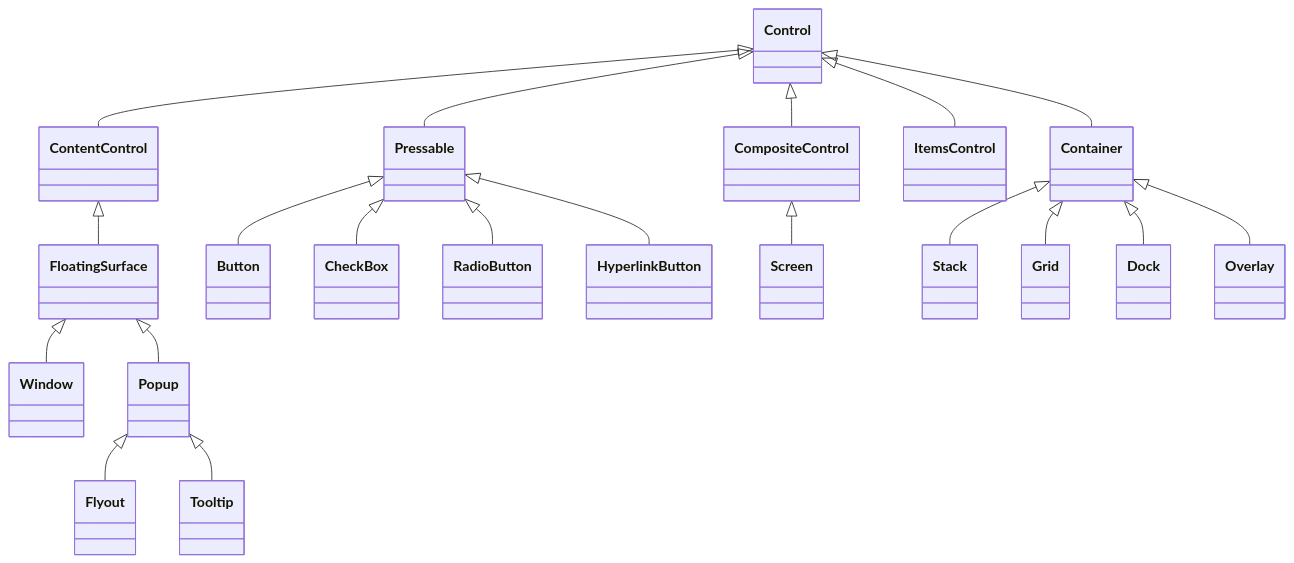
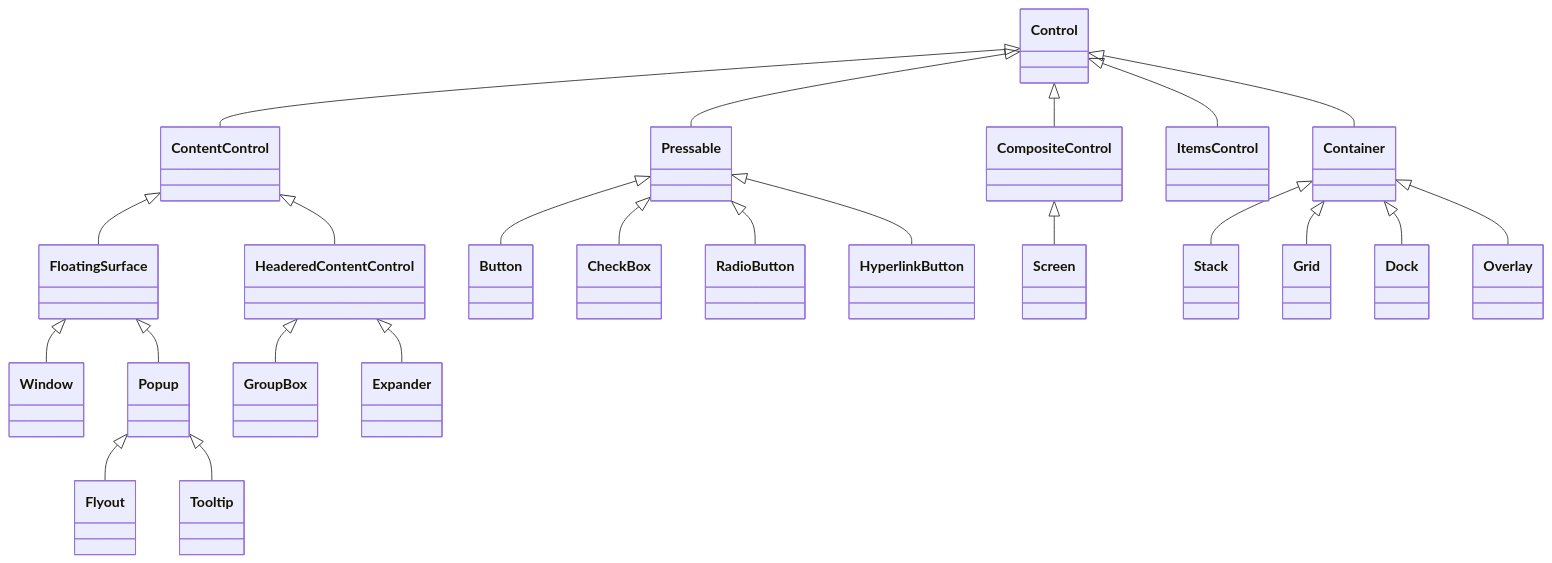
One commit to pavkam/sharp-vision changed the diagram in docs/controls/index.md. Above: the diagram before and after it, drawn with Mermaid. The commit also changed other lines of this file and 36 other files, not shown here.

````diff
--- a/docs/controls/index.md
+++ b/docs/controls/index.md
@@ -12,22 +12,25 @@
 ```mermaid
 classDiagram
     Control <|-- Container
     Control <|-- ContentControl
     Control <|-- CompositeControl
     Control <|-- ItemsControl
     Control <|-- Pressable
     ContentControl <|-- FloatingSurface
+    ContentControl <|-- HeaderedContentControl
     FloatingSurface <|-- Window
     FloatingSurface <|-- Popup
     Popup <|-- Flyout
     Popup <|-- Tooltip
     Pressable <|-- Button
     Pressable <|-- CheckBox
     Pressable <|-- RadioButton
     Pressable <|-- HyperlinkButton
+    HeaderedContentControl <|-- GroupBox
+    HeaderedContentControl <|-- Expander
     CompositeControl <|-- Screen
     Container <|-- Stack
     Container <|-- Grid
     Container <|-- Dock
     Container <|-- Overlay
 ```
````
